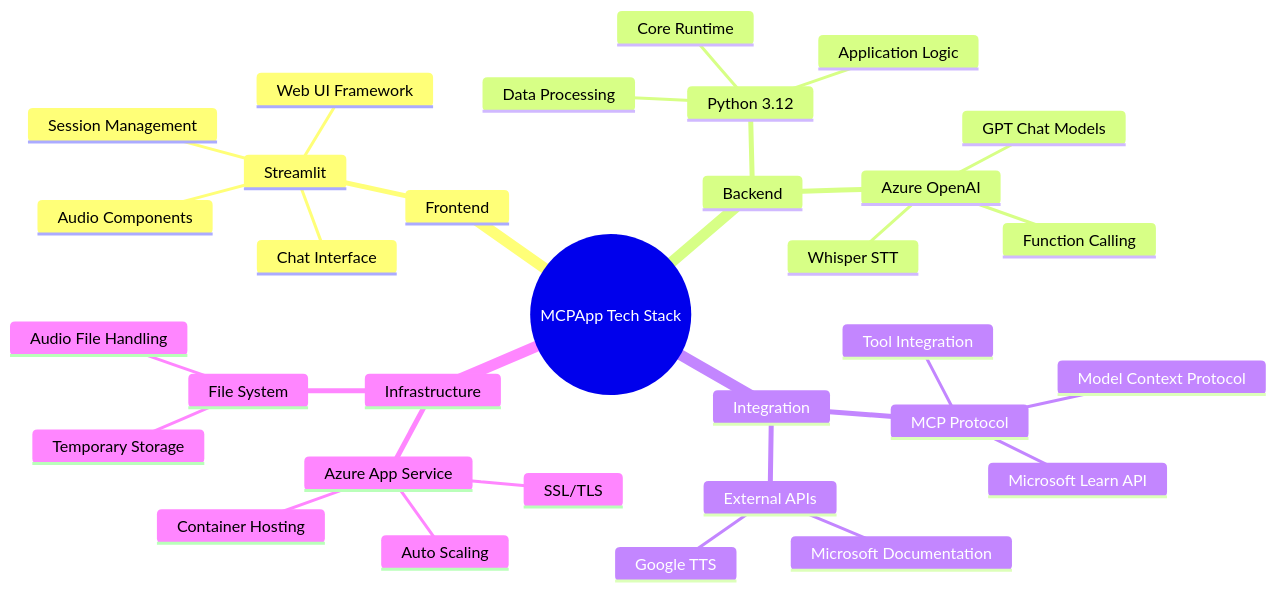
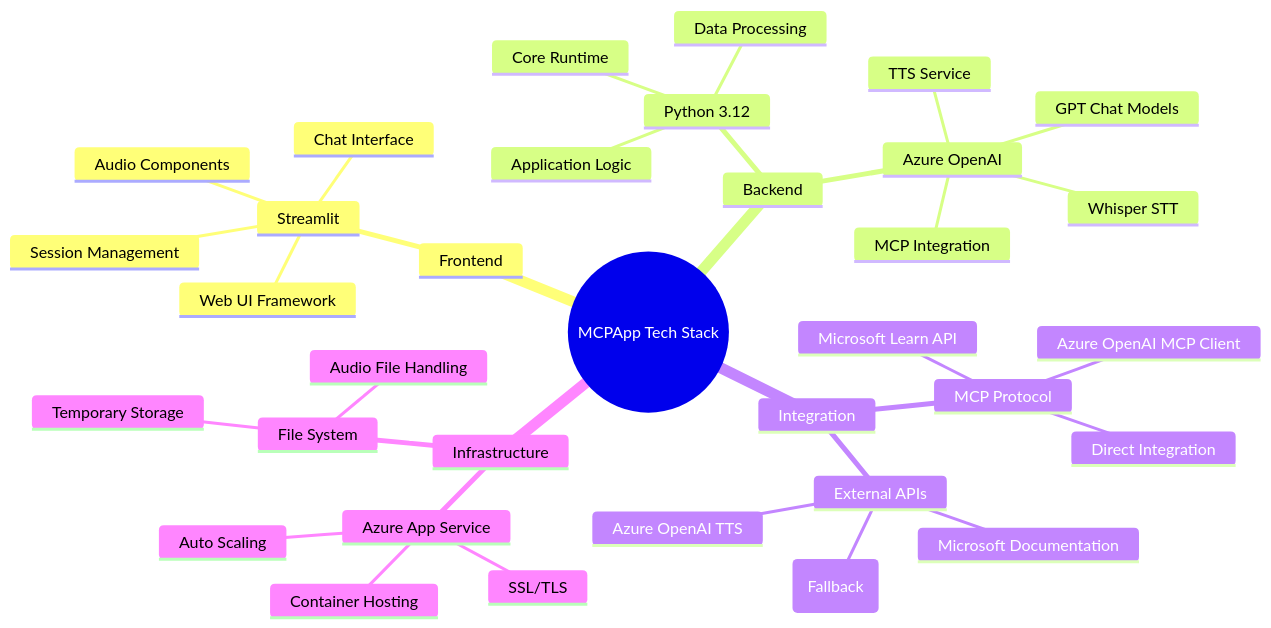
Before and after one commit to balakreshnan/mcpapp: the sixth of 7 diagrams in ARCHITECTURE.md, drawn with Mermaid. The commit also changed other lines of this file and 5 other files, not shown here.

Commit message:
Update documentation to reflect new Azure OpenAI TTS and enhanced MCP integration

````diff
--- a/ARCHITECTURE.md
+++ b/ARCHITECTURE.md
@@ -259,35 +266,37 @@
 ```mermaid
 mindmap
   root((MCPApp Tech Stack))
     Frontend
       Streamlit
         Web UI Framework
         Chat Interface
         Audio Components
         Session Management
     Backend
       Python 3.12
         Core Runtime
         Application Logic
         Data Processing
       Azure OpenAI
         Whisper STT
         GPT Chat Models
-        Function Calling
+        MCP Integration
+        TTS Service
     Integration
       MCP Protocol
-        Model Context Protocol
-        Tool Integration
+        Azure OpenAI MCP Client
+        Direct Integration
         Microsoft Learn API
       External APIs
-        Google TTS
+        Azure OpenAI TTS
+        Google TTS (Fallback)
         Microsoft Documentation
     Infrastructure
       Azure App Service
         Container Hosting
         Auto Scaling
         SSL/TLS
       File System
         Temporary Storage
         Audio File Handling
 ```
````
